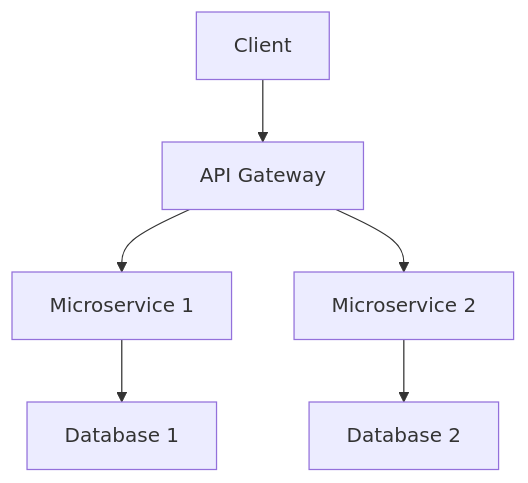
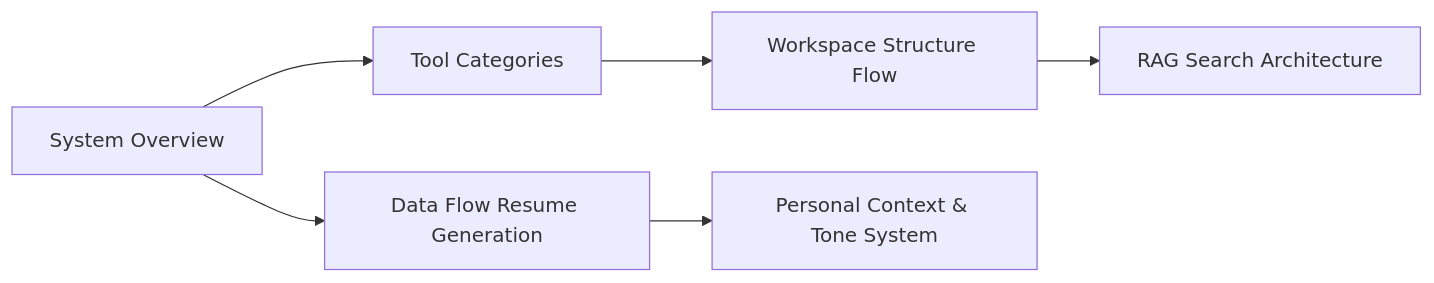
Before and after one commit to JustLikeFrank3/jobContextMCP: the diagram in README.md, drawn with Mermaid. The commit also changed other lines of this file, not shown here.

Commit message:
Updated README.md to include Architecture section with Mermaid diagrams.

````diff
--- a/README.md
+++ b/README.md
@@ -7,8 +7,14 @@
 ```mermaid
-graph TD;
-A[Client] --> B[API Gateway];
-B --> C[Microservice 1];
-B --> D[Microservice 2];
-C --> E[Database 1];
-D --> F[Database 2];
+graph LR
+  A["System Overview"]
+  B["Tool Categories"]
+  C["Data Flow Resume Generation"]
+  D["Workspace Structure Flow"]
+  E["Personal Context & Tone System"]
+  F["RAG Search Architecture"]
+  A --> B
+  A --> C
+  B --> D
+  C --> E
+  D --> F
 ```
````
